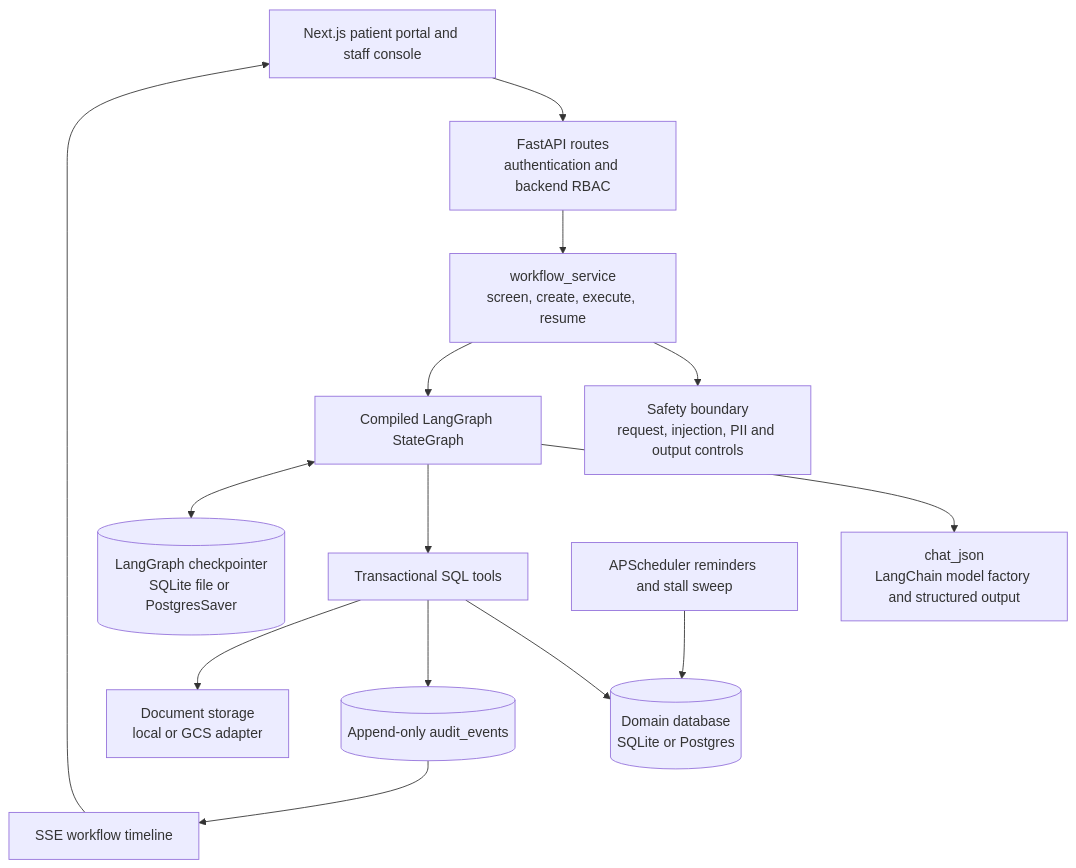
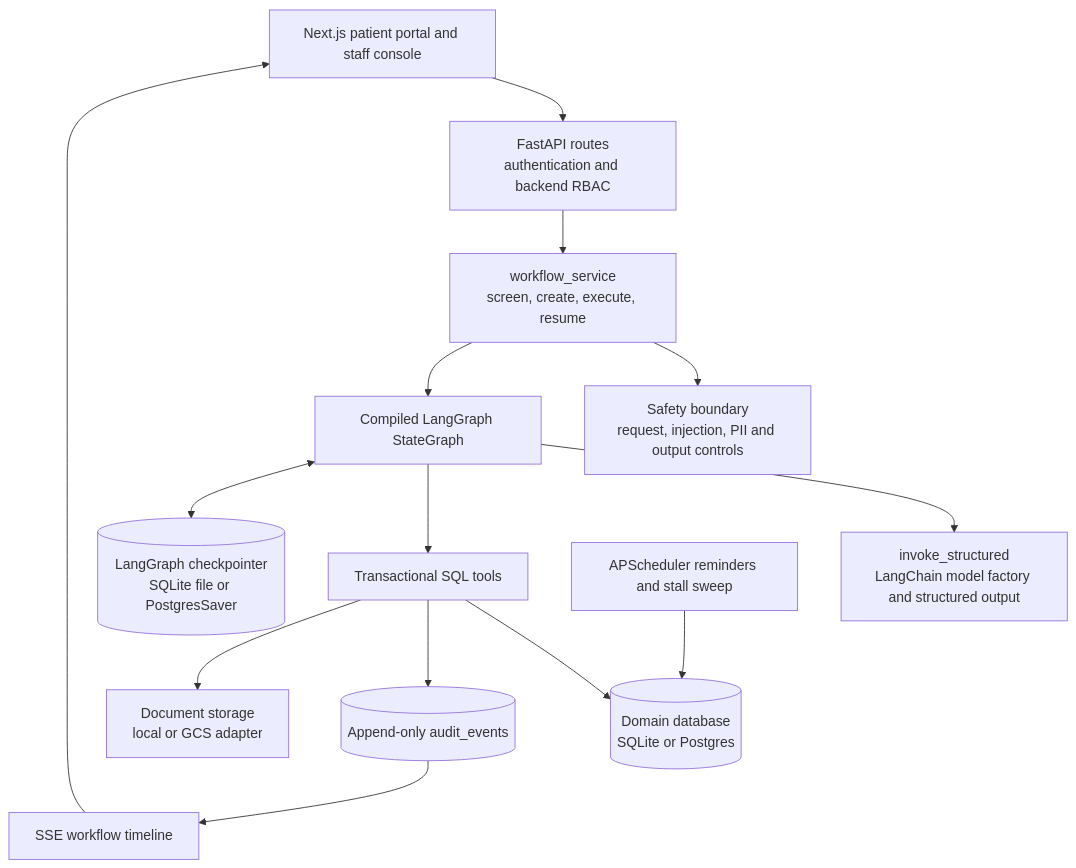
The first of 4 diagrams in docs/architecture.md (Gaurang140/agentcare), drawn with Mermaid before and after one commit. The commit also changed other lines of this file and 17 other files, not shown here.

Commit message:
clarify structured model boundary

````diff
--- a/docs/architecture.md
+++ b/docs/architecture.md
@@ -13,29 +13,29 @@
 ```mermaid
 flowchart TB
     UI["Next.js patient portal and staff console"]
     API["FastAPI routes<br/>authentication and backend RBAC"]
     WS["workflow_service<br/>screen, create, execute, resume"]
     GRAPH["Compiled LangGraph StateGraph"]
-    MODEL["chat_json<br/>LangChain model factory and structured output"]
+    MODEL["invoke_structured<br/>LangChain model factory and structured output"]
     SAFE["Safety boundary<br/>request, injection, PII and output controls"]
     TOOLS["Transactional SQL tools"]
     DOMAIN[("Domain database<br/>SQLite or Postgres")]
     AUDIT[("Append-only audit_events")]
     CP[("LangGraph checkpointer<br/>SQLite file or PostgresSaver")]
     STORAGE["Document storage<br/>local or GCS adapter"]
     SSE["SSE workflow timeline"]
     JOBS["APScheduler reminders and stall sweep"]
 
     UI --> API
     API --> WS
     WS --> SAFE
     WS --> GRAPH
     GRAPH --> MODEL
     GRAPH --> TOOLS
     TOOLS --> DOMAIN
     TOOLS --> AUDIT
     TOOLS --> STORAGE
     GRAPH <--> CP
     AUDIT --> SSE --> UI
     JOBS --> DOMAIN
 ```
````
